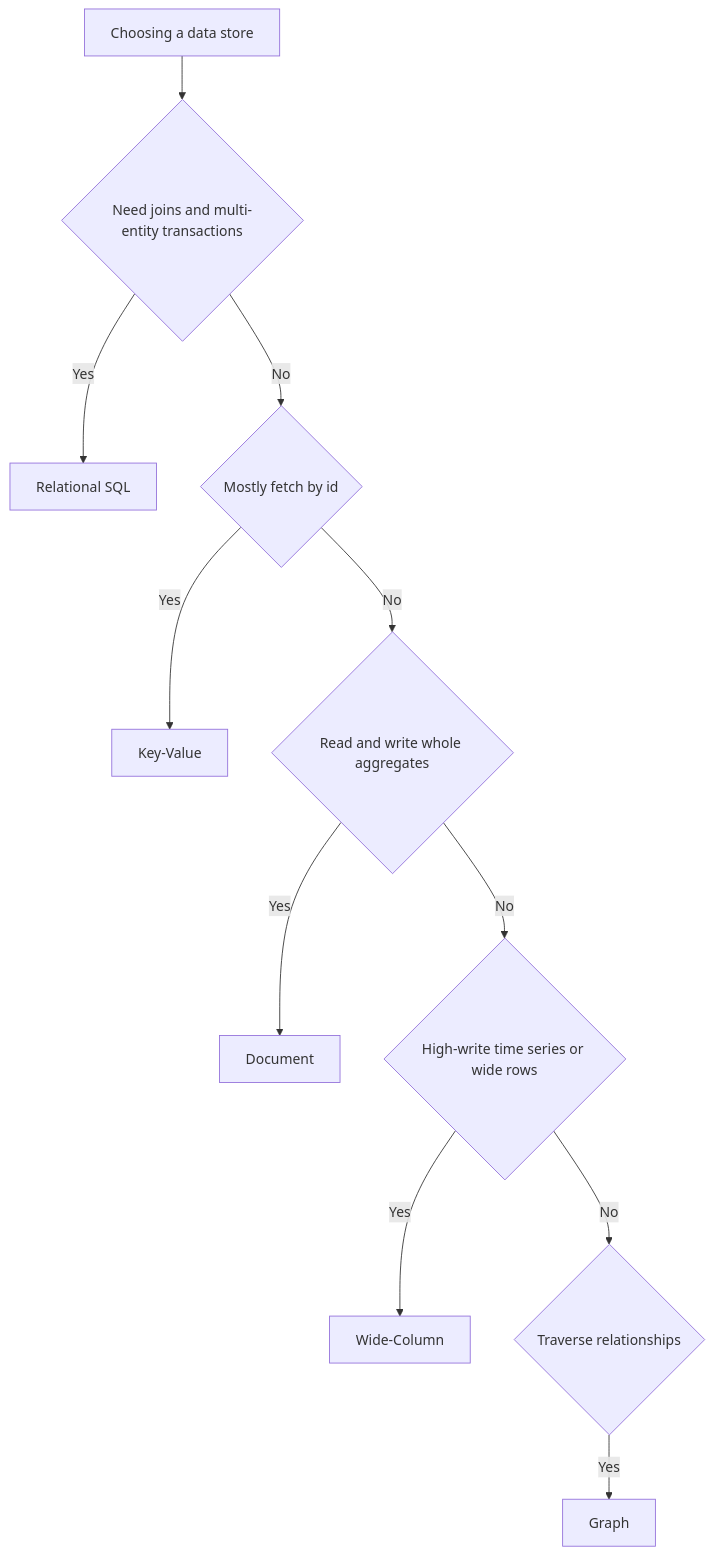
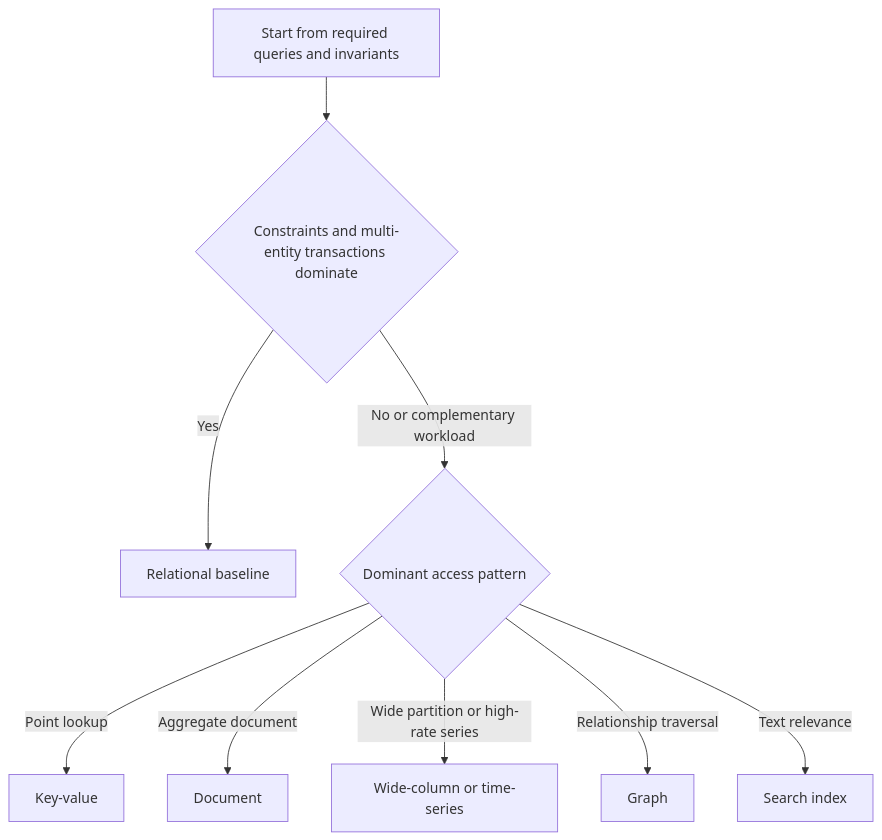
Before and after one commit to grafanaKibana/devbook.zip: the diagram in Vault/Home/Data Persistence/NoSQL/NoSQL.md, drawn with Mermaid. The commit also changed other lines of this file and 349 other files, not shown here.

````diff
--- a/Vault/Home/Data Persistence/NoSQL/NoSQL.md
+++ b/Vault/Home/Data Persistence/NoSQL/NoSQL.md
@@ -23,13 +23,11 @@
 ```mermaid
 flowchart TD
-  A[Choosing a data store] --> B{Need joins and multi-entity transactions}
-  B -->|Yes| C[Relational SQL]
-  B -->|No| D{Mostly fetch by id}
-  D -->|Yes| E[Key-Value]
-  D -->|No| F{Read and write whole aggregates}
-  F -->|Yes| G[Document]
-  F -->|No| H{High-write time series or wide rows}
-  H -->|Yes| I[Wide-Column]
-  H -->|No| J{Traverse relationships}
-  J -->|Yes| K[Graph]
+  A[Start from required queries and invariants] --> B{Constraints and multi-entity transactions dominate}
+  B -->|Yes| C[Relational baseline]
+  B -->|No or complementary workload| D{Dominant access pattern}
+  D -->|Point lookup| E[Key-value]
+  D -->|Aggregate document| F[Document]
+  D -->|Wide partition or high-rate series| G[Wide-column or time-series]
+  D -->|Relationship traversal| H[Graph]
+  D -->|Text relevance| I[Search index]
 ```
````
